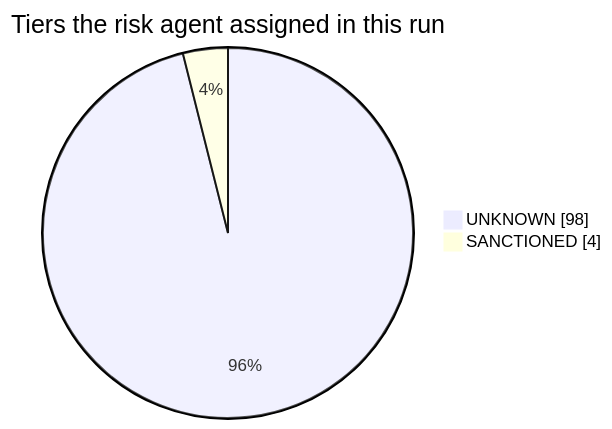
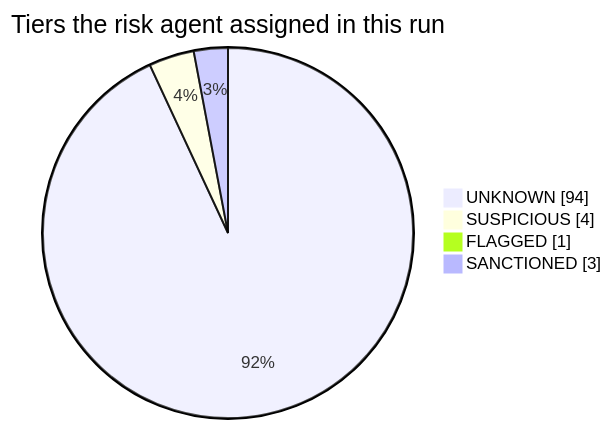
The tenth of 15 diagrams in README.md (Prashant-thakur77/HOLDBACK), drawn with Mermaid before and after one commit. The commit also changed other lines of this file and 9 other files, not shown here.

````diff
--- a/README.md
+++ b/README.md
@@ -251,6 +251,8 @@
 ```mermaid
 pie showData
   title Tiers the risk agent assigned in this run
-  "UNKNOWN" : 98
-  "SANCTIONED" : 4
+  "UNKNOWN" : 94
+  "SUSPICIOUS" : 4
+  "FLAGGED" : 1
+  "SANCTIONED" : 3
 ```
````
